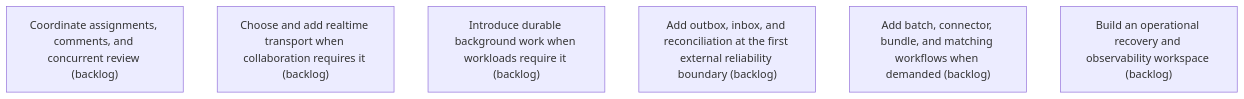
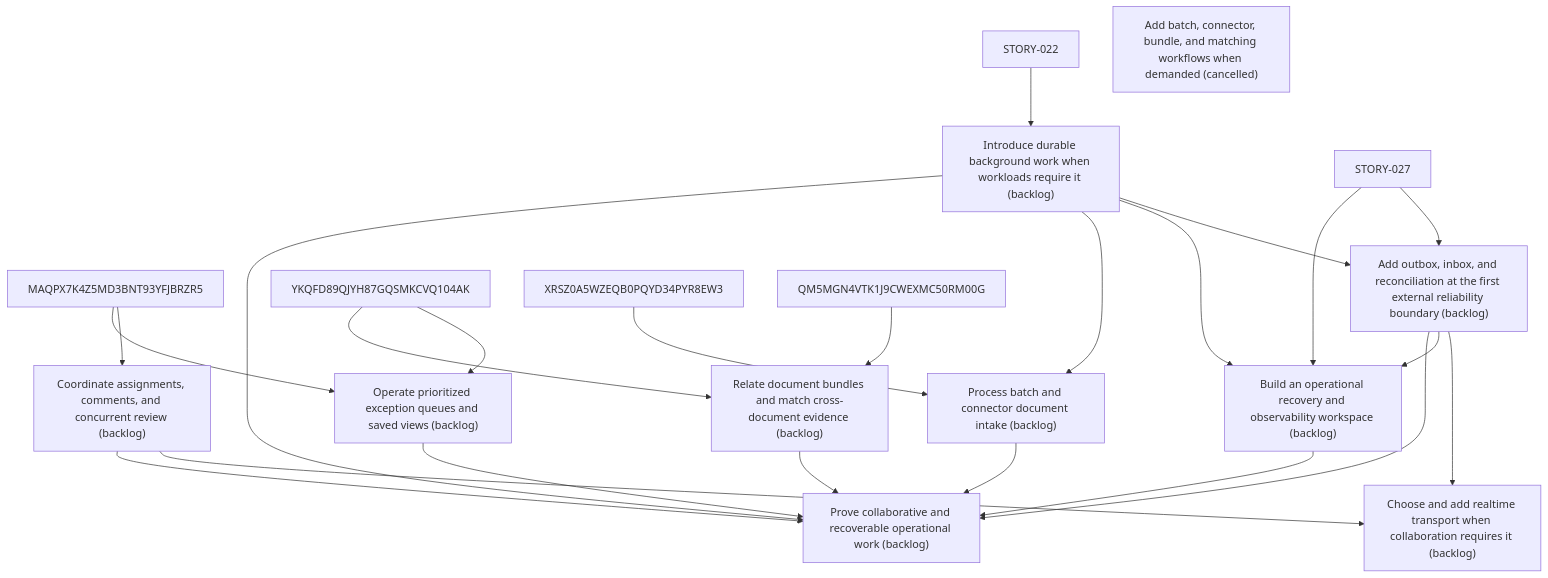
One commit to asadayoub/Evidentia changed the diagram in .skyhook/plan/epics/MGTBBJH7794WRYSFBFE6ZYWXCV.md. Above: the diagram before and after it, drawn with Mermaid. The commit also changed other lines of this file and 50 other files, not shown here.

Commit message:
chore(skyhook): establish full product story roadmap

````diff
--- a/.skyhook/plan/epics/MGTBBJH7794WRYSFBFE6ZYWXCV.md
+++ b/.skyhook/plan/epics/MGTBBJH7794WRYSFBFE6ZYWXCV.md
@@ -25,9 +29,35 @@
 ```mermaid
 flowchart TD
     2BJ99DB0QWS3FE3J0F50N6EPW4["Coordinate assignments, comments, and concurrent review (backlog)"]
+    MAQPX7K4Z5MD3BNT93YFJBRZR5 --> 2BJ99DB0QWS3FE3J0F50N6EPW4
     AV6YSSGTH46ET6J9NN0DDK7E6B["Choose and add realtime transport when collaboration requires it (backlog)"]
+    2BJ99DB0QWS3FE3J0F50N6EPW4 --> AV6YSSGTH46ET6J9NN0DDK7E6B
+    3F1QK0FAD4X03Q4CB5XKDC1BJH --> AV6YSSGTH46ET6J9NN0DDK7E6B
     C29D8MCQWYGWY6FFSP4YW7MNX7["Introduce durable background work when workloads require it (backlog)"]
+    STORY-022 --> C29D8MCQWYGWY6FFSP4YW7MNX7
     3F1QK0FAD4X03Q4CB5XKDC1BJH["Add outbox, inbox, and reconciliation at the first external reliability boundary (backlog)"]
-    44E3PFDX5EVQE4FRTAN1A5RMGC["Add batch, connector, bundle, and matching workflows when demanded (backlog)"]
+    C29D8MCQWYGWY6FFSP4YW7MNX7 --> 3F1QK0FAD4X03Q4CB5XKDC1BJH
+    STORY-027 --> 3F1QK0FAD4X03Q4CB5XKDC1BJH
+    44E3PFDX5EVQE4FRTAN1A5RMGC["Add batch, connector, bundle, and matching workflows when demanded (cancelled)"]
     PEE73AVQEAC75HKDMA3FA1S4YJ["Build an operational recovery and observability workspace (backlog)"]
+    C29D8MCQWYGWY6FFSP4YW7MNX7 --> PEE73AVQEAC75HKDMA3FA1S4YJ
+    3F1QK0FAD4X03Q4CB5XKDC1BJH --> PEE73AVQEAC75HKDMA3FA1S4YJ
+    STORY-027 --> PEE73AVQEAC75HKDMA3FA1S4YJ
+    STORY-029["Operate prioritized exception queues and saved views (backlog)"]
+    YKQFD89QJYH87GQSMKCVQ104AK --> STORY-029
+    MAQPX7K4Z5MD3BNT93YFJBRZR5 --> STORY-029
+    STORY-030["Process batch and connector document intake (backlog)"]
+    C29D8MCQWYGWY6FFSP4YW7MNX7 --> STORY-030
+    XRSZ0A5WZEQB0PQYD34PYR8EW3 --> STORY-030
+    STORY-031["Relate document bundles and match cross-document evidence (backlog)"]
+    QM5MGN4VTK1J9CWEXMC50RM00G --> STORY-031
+    YKQFD89QJYH87GQSMKCVQ104AK --> STORY-031
+    STORY-032["Prove collaborative and recoverable operational work (backlog)"]
+    2BJ99DB0QWS3FE3J0F50N6EPW4 --> STORY-032
+    PEE73AVQEAC75HKDMA3FA1S4YJ --> STORY-032
+    STORY-029 --> STORY-032
+    STORY-030 --> STORY-032
+    STORY-031 --> STORY-032
+    C29D8MCQWYGWY6FFSP4YW7MNX7 --> STORY-032
+    3F1QK0FAD4X03Q4CB5XKDC1BJH --> STORY-032
 ```
````
